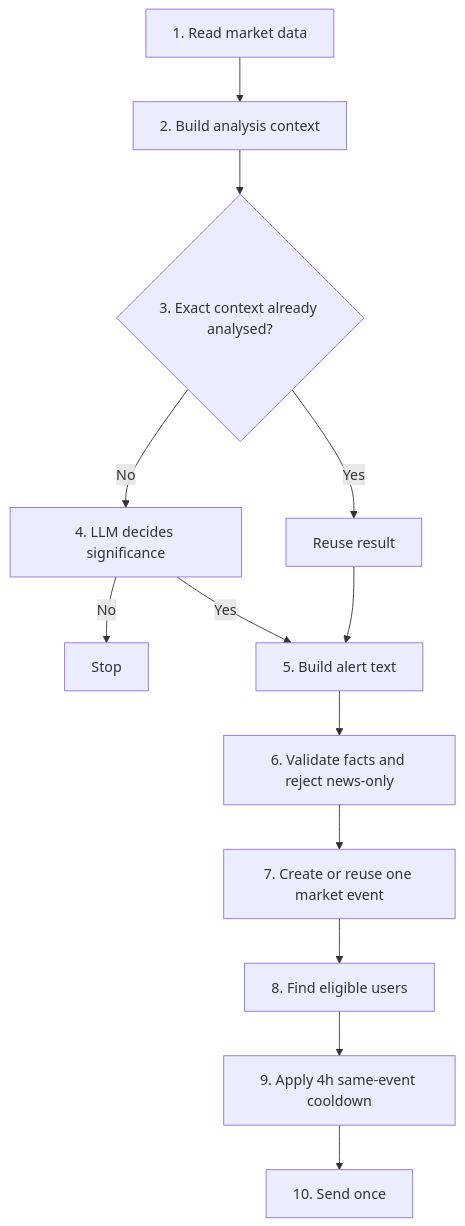
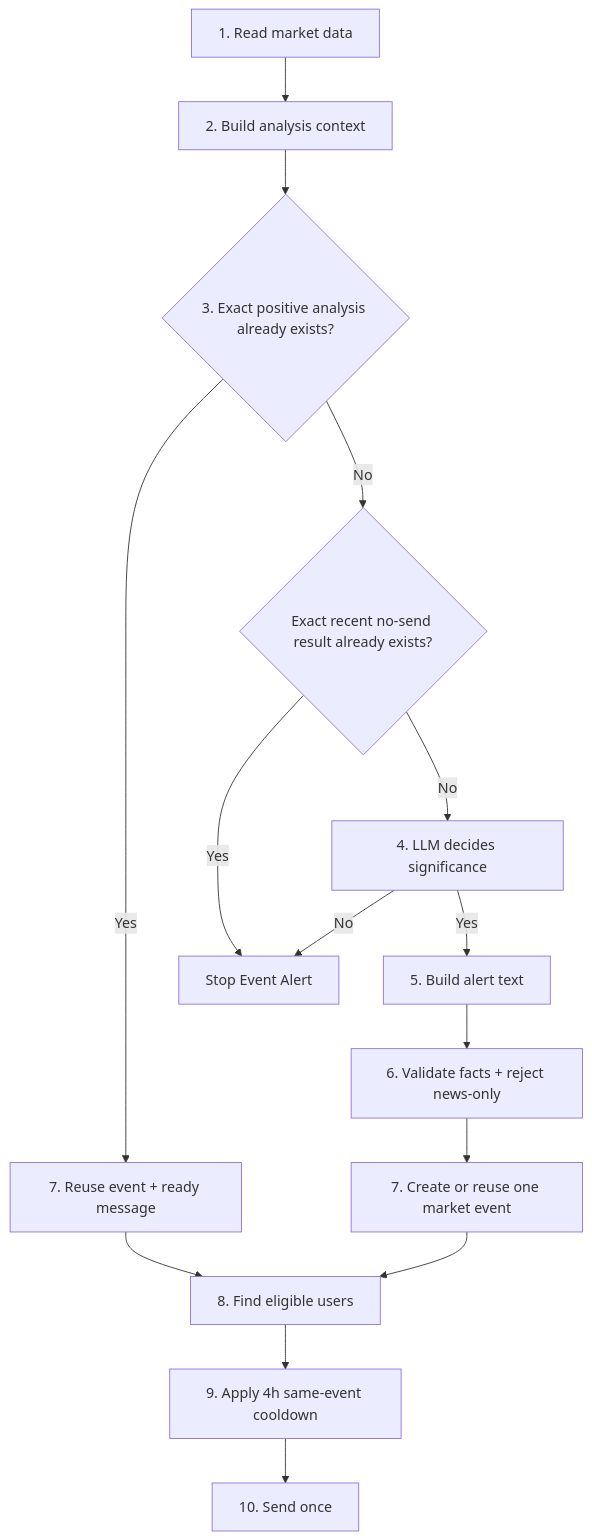
Before and after one commit to akrasnoslov-dev/CCWBot: the diagram in docs/alert_logic.md, drawn with Mermaid. The commit also changed other lines of this file, not shown here.

Commit message:
docs: correct Event Alert reuse flow

````diff
--- a/docs/alert_logic.md
+++ b/docs/alert_logic.md
@@ -5,15 +5,17 @@
 ```mermaid
 flowchart TD
     A[1. Read market data] --> B[2. Build analysis context]
-    B --> C{3. Exact context already analysed?}
-    C -- Yes --> D[Reuse result]
-    C -- No --> E[4. LLM decides significance]
-    E -- No --> X[Stop]
+    B --> C{3. Exact positive analysis already exists?}
+    C -- Yes --> H[7. Reuse event + ready message]
+    C -- No --> D{Exact recent no-send result already exists?}
+    D -- Yes --> X[Stop Event Alert]
+    D -- No --> E[4. LLM decides significance]
+    E -- No --> X
     E -- Yes --> F[5. Build alert text]
-    D --> F
-    F --> G[6. Validate facts and reject news-only]
-    G --> H[7. Create or reuse one market event]
+    F --> G[6. Validate facts + reject news-only]
+    G --> H2[7. Create or reuse one market event]
     H --> I[8. Find eligible users]
+    H2 --> I
     I --> J[9. Apply 4h same-event cooldown]
     J --> K[10. Send once]
 ```
````
